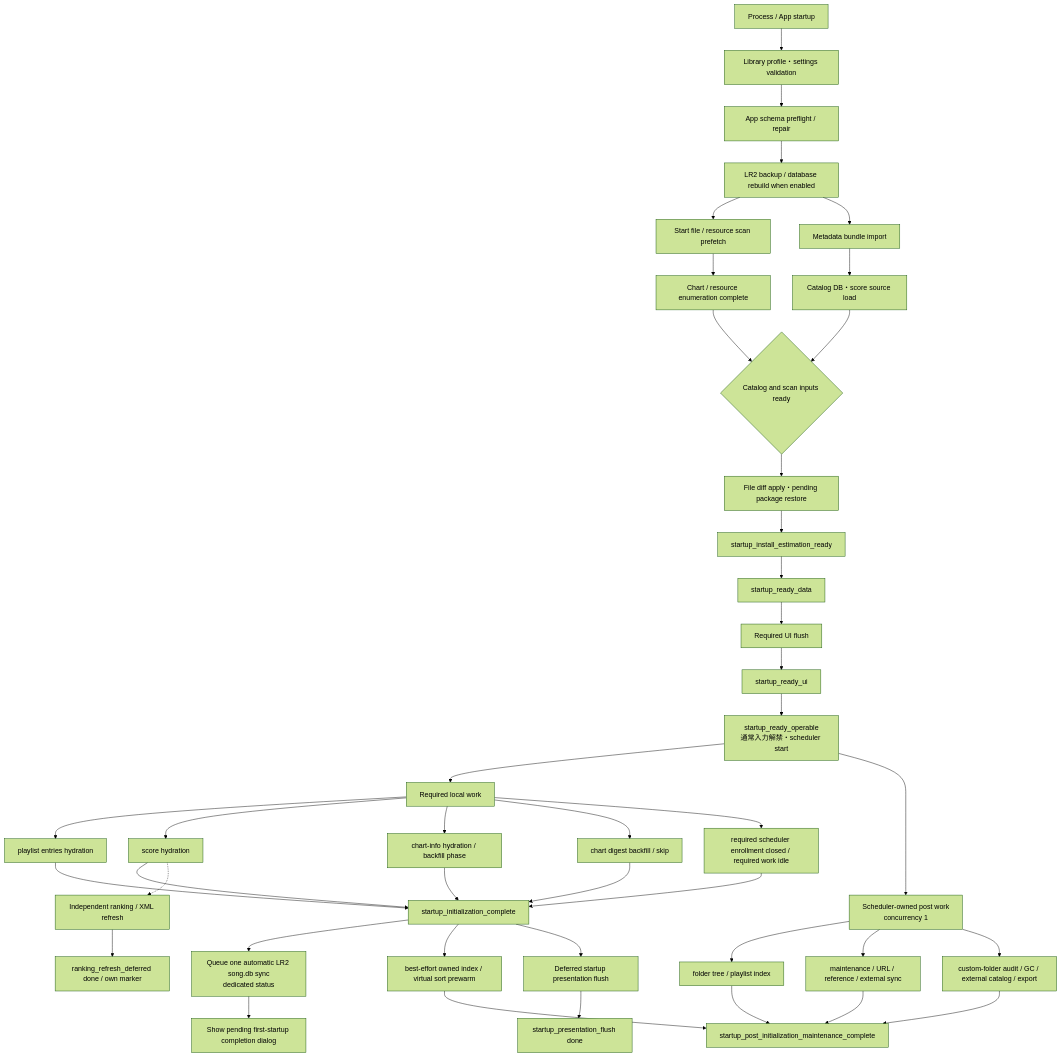
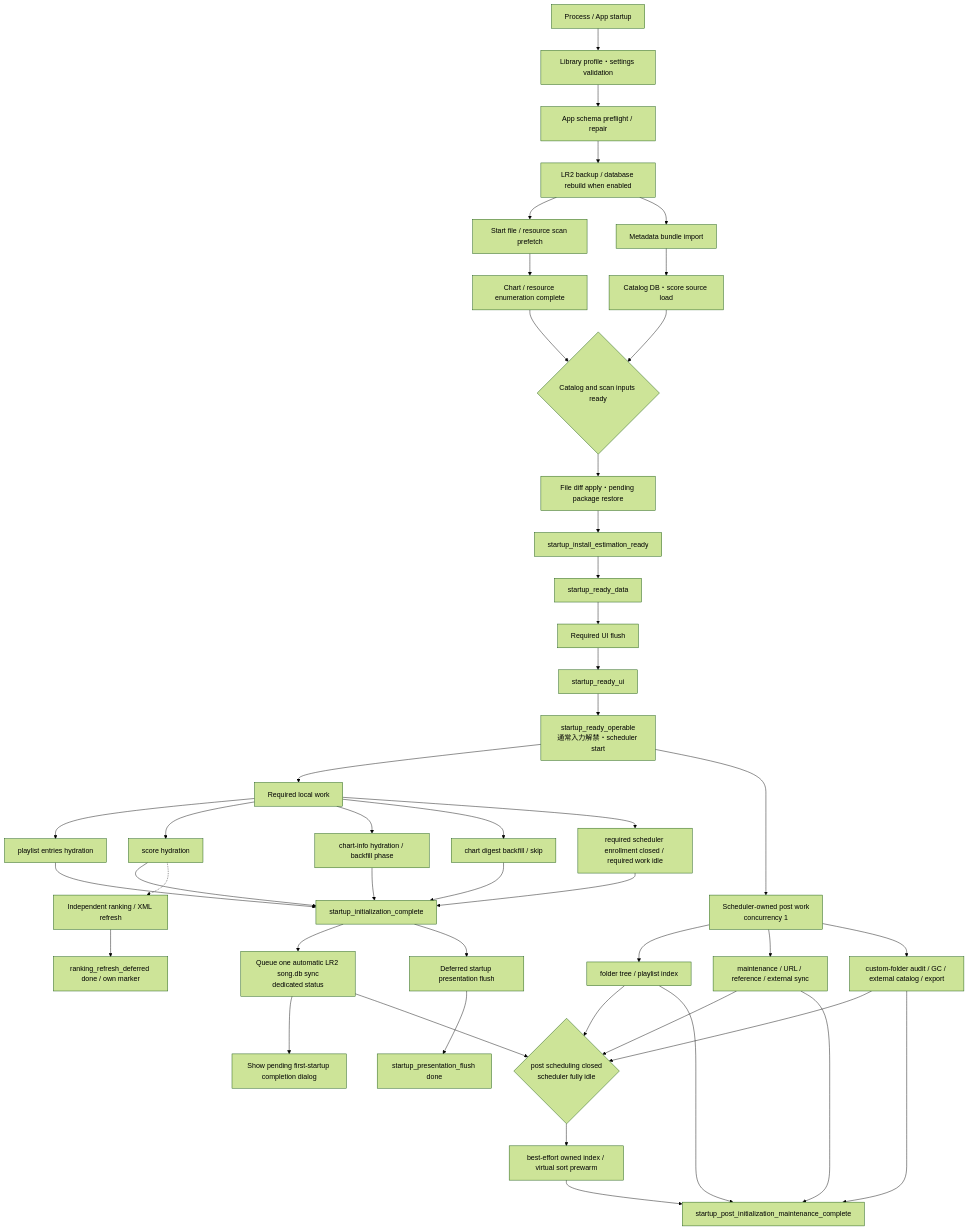
Before and after one commit to Neeted/bemusicseeker-unofficial-fork: the diagram in devdocs/spec/startup-initialization-flow.md, drawn with Mermaid (forest theme). The commit also changed other lines of this file and 6 other files, not shown here.

Commit message:
Defer virtual order prewarm until post work completes

````diff
--- a/devdocs/spec/startup-initialization-flow.md
+++ b/devdocs/spec/startup-initialization-flow.md
@@ -25,46 +25,50 @@
 ```mermaid
 flowchart TD
     A[Process / App startup] --> B[Library profile・settings validation]
     B --> C[App schema preflight / repair]
     C --> X[LR2 backup / database rebuild when enabled]
     X --> S[Start file / resource scan prefetch]
     X --> D[Metadata bundle import]
     D --> E[Catalog DB・score source load]
     S --> F[Chart / resource enumeration complete]
     E --> Q{Catalog and scan inputs ready}
     F --> Q
     Q --> G[File diff apply・pending package restore]
     G --> H[startup_install_estimation_ready]
     H --> I[startup_ready_data]
     I --> J[Required UI flush]
     J --> K[startup_ready_ui]
     K --> L[startup_ready_operable<br/>通常入力解禁・scheduler start]
 
     L --> R1[Required local work]
     R1 --> R2[playlist entries hydration]
     R1 --> R3[score hydration]
     R1 --> R4[chart-info hydration / backfill phase]
     R1 --> R5[chart digest backfill / skip]
     R1 --> R6[required scheduler enrollment closed / required work idle]
     R2 --> M[startup_initialization_complete]
     R3 --> M
     R4 --> M
     R5 --> M
     R6 --> M
     M --> C2[Queue one automatic LR2 song.db sync<br/>dedicated status]
     C2 --> C1[Show pending first-startup completion dialog]
 
     L --> P1[Scheduler-owned post work<br/>concurrency 1]
     P1 --> P2[folder tree / playlist index]
     P1 --> P3[maintenance / URL / reference / external sync]
     P1 --> P4[custom-folder audit / GC / external catalog / export]
-    M --> P5[best-effort owned index / virtual sort prewarm]
+    P2 --> PI{post scheduling closed<br/>scheduler fully idle}
+    P3 --> PI
+    P4 --> PI
+    C2 --> PI
+    PI --> P5[best-effort owned index / virtual sort prewarm]
     P2 --> Z[startup_post_initialization_maintenance_complete]
     P3 --> Z
     P4 --> Z
     P5 --> Z
     R3 -.-> P6[Independent ranking / XML refresh]
     P6 --> P7[ranking_refresh_deferred done / own marker]
     M --> P8[Deferred startup presentation flush]
     P8 --> P9[startup_presentation_flush done]
 ```
````
